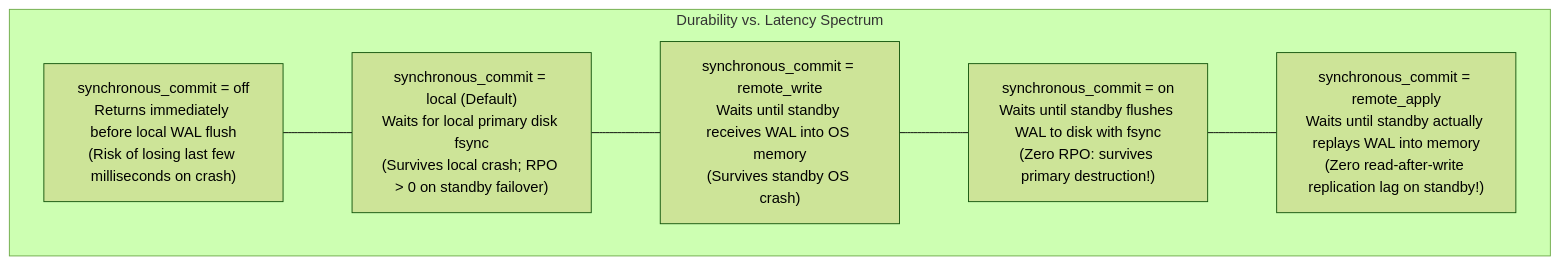
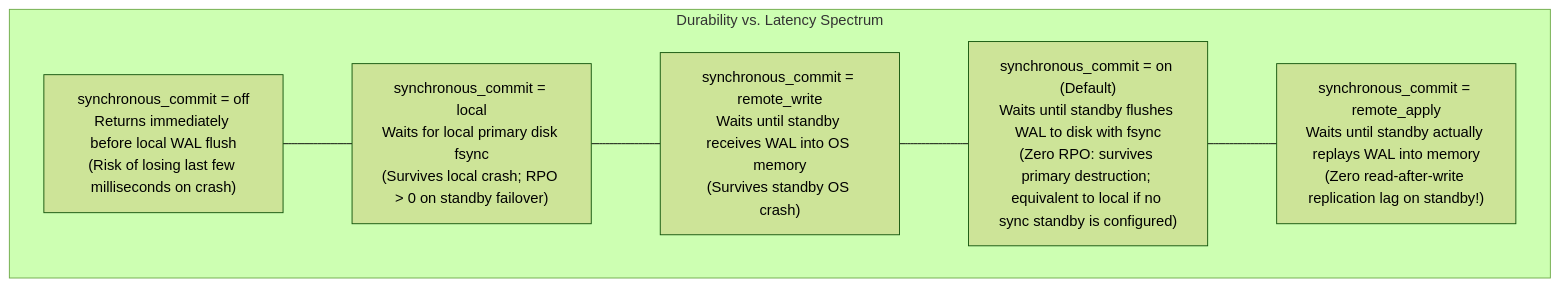
Before and after one commit to espoem/zero-to-one: the second of 5 diagrams in technologies/postgres/modules/13-high-availability-replication-and-extensions.md, drawn with Mermaid (forest theme). The commit also changed other lines of this file and 8 other files, not shown here.

Commit message:
fix(postgres): repoint cross-links, correct synchronous_commit and wraparound thresholds

````diff
--- a/technologies/postgres/modules/13-high-availability-replication-and-extensions.md
+++ b/technologies/postgres/modules/13-high-availability-replication-and-extensions.md
@@ -43,12 +43,12 @@
 ```mermaid
 flowchart TD
     subgraph CommitModes["Durability vs. Latency Spectrum"]
         Off["synchronous_commit = off<br/>Returns immediately before local WAL flush<br/>(Risk of losing last few milliseconds on crash)"]
-        Local["synchronous_commit = local (Default)<br/>Waits for local primary disk fsync<br/>(Survives local crash; RPO > 0 on standby failover)"]
+        Local["synchronous_commit = local<br/>Waits for local primary disk fsync<br/>(Survives local crash; RPO > 0 on standby failover)"]
         RemoteWrite["synchronous_commit = remote_write<br/>Waits until standby receives WAL into OS memory<br/>(Survives standby OS crash)"]
-        On["synchronous_commit = on<br/>Waits until standby flushes WAL to disk with fsync<br/>(Zero RPO: survives primary destruction!)"]
+        On["synchronous_commit = on (Default)<br/>Waits until standby flushes WAL to disk with fsync<br/>(Zero RPO: survives primary destruction; equivalent to local if no sync standby is configured)"]
         RemoteApply["synchronous_commit = remote_apply<br/>Waits until standby actually replays WAL into memory<br/>(Zero read-after-write replication lag on standby!)"]
         
         Off --- Local --- RemoteWrite --- On --- RemoteApply
     end
 ```
````
